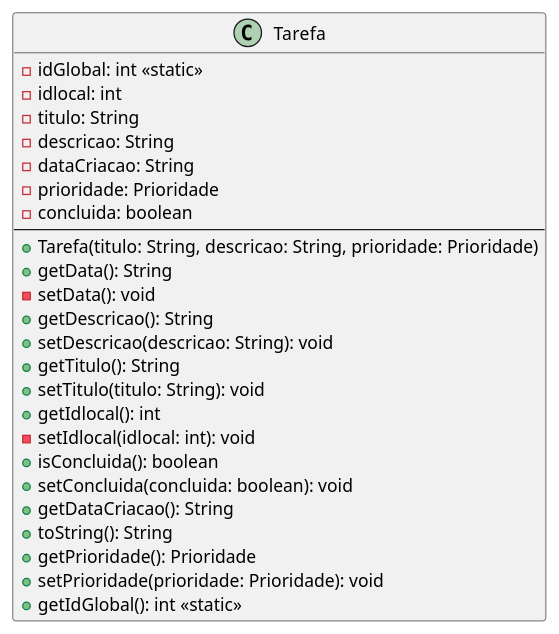
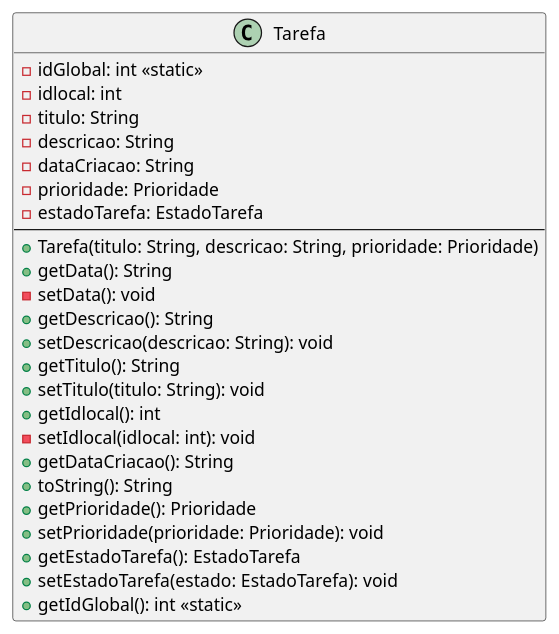
One commit to MrJabes762/Sistema-de-Gerenciamento-de-Tarefas changed the diagram in estruturasUmls/java/model/estruturaTarefa.puml. Above: the diagram before and after it, drawn with PlantUML. The commit also changed 4 other files, not shown here.

Commit message:
Feat: Adiciona diagramas UML para EstadoTarefa e InterfaceEstadoTarefa

```diff
--- a/estruturasUmls/java/model/estruturaTarefa.puml
+++ b/estruturasUmls/java/model/estruturaTarefa.puml
@@ -1,32 +1,32 @@
 @startuml
 
 skinparam lineType ortho
 
 class Tarefa {
     - idGlobal: int <<static>>
     - idlocal: int
     - titulo: String
     - descricao: String
     - dataCriacao: String
     - prioridade: Prioridade
-    - concluida: boolean
+    - estadoTarefa: EstadoTarefa
     --
     + Tarefa(titulo: String, descricao: String, prioridade: Prioridade)
     + getData(): String
     - setData(): void
     + getDescricao(): String
     + setDescricao(descricao: String): void
     + getTitulo(): String
     + setTitulo(titulo: String): void
     + getIdlocal(): int
     - setIdlocal(idlocal: int): void
-    + isConcluida(): boolean
-    + setConcluida(concluida: boolean): void
     + getDataCriacao(): String
     + toString(): String
     + getPrioridade(): Prioridade
     + setPrioridade(prioridade: Prioridade): void
+    + getEstadoTarefa(): EstadoTarefa
+    + setEstadoTarefa(estado: EstadoTarefa): void
     + getIdGlobal(): int <<static>>
 }
 
 @enduml
```
